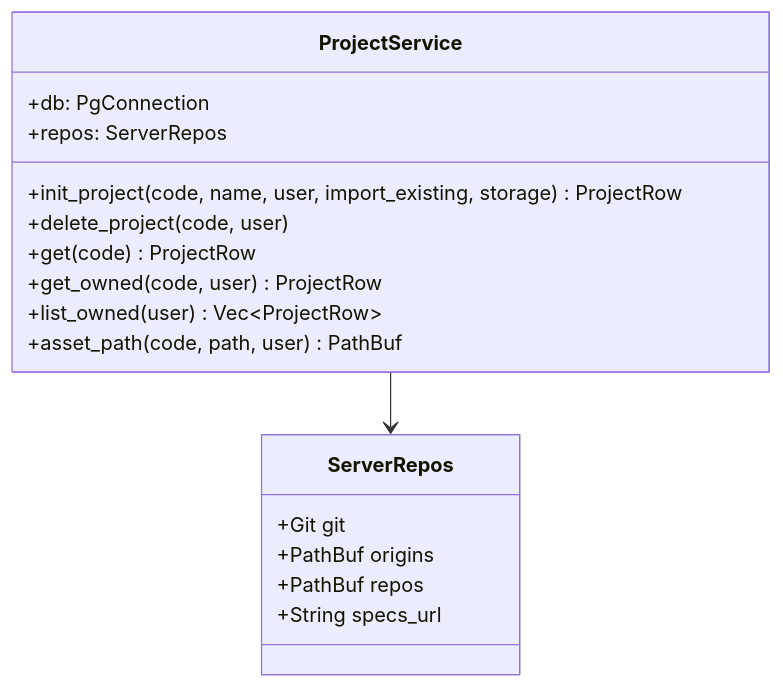
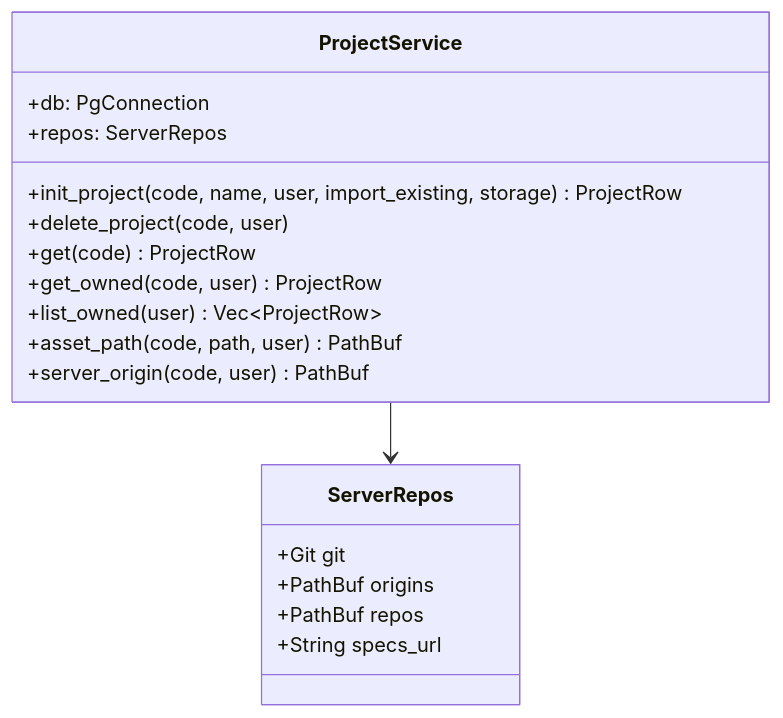
The first of 6 diagrams in docs/specs/06-DOM/SYNC-DOM-004.md (HoyoungParkme/syncdoc), drawn with Mermaid before and after one commit. The commit also changed other lines of this file, not shown here.

````diff
--- a/docs/specs/06-DOM/SYNC-DOM-004.md
+++ b/docs/specs/06-DOM/SYNC-DOM-004.md
@@ -326,20 +326,21 @@
 ```mermaid
 classDiagram
     class ProjectService {
         +db: PgConnection
         +repos: ServerRepos
         +init_project(code, name, user, import_existing, storage) ProjectRow
         +delete_project(code, user)
         +get(code) ProjectRow
         +get_owned(code, user) ProjectRow
         +list_owned(user) Vec~ProjectRow~
         +asset_path(code, path, user) PathBuf
+        +server_origin(code, user) PathBuf
     }
     class ServerRepos {
         +Git git
         +PathBuf origins
         +PathBuf repos
         +String specs_url
     }
     ProjectService --> ServerRepos
 ```
````
